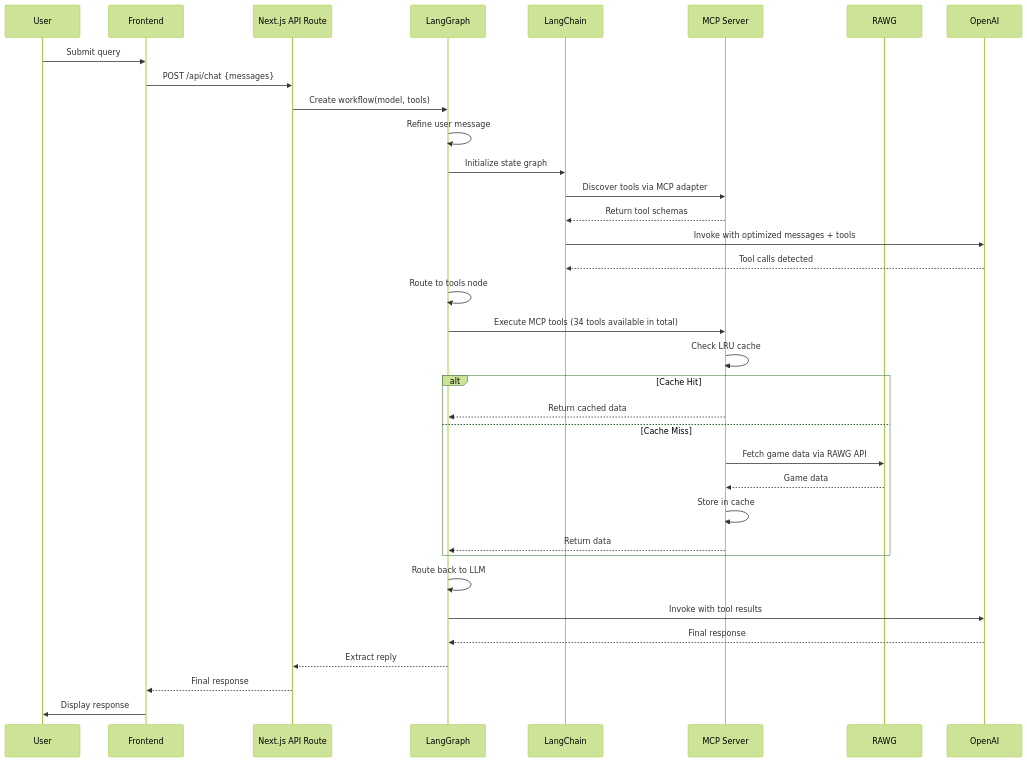
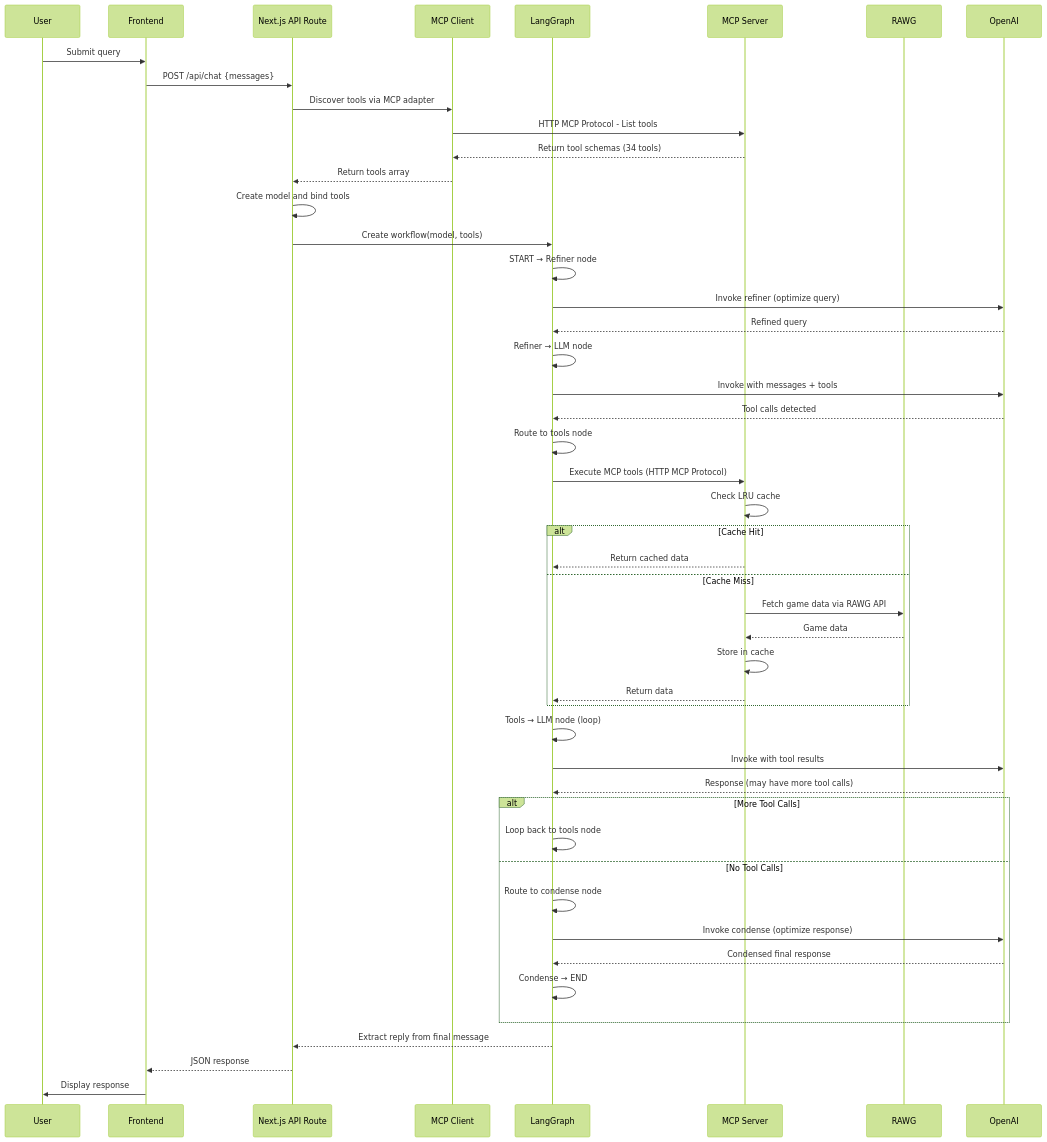
The second of 2 diagrams in README.md (ShawnZong/amazing-game-analytics-ai-chatbot), drawn with Mermaid (forest theme) before and after one commit. The commit also changed other lines of this file, not shown here.

Commit message:
refactor: update architecture diagram and enhance workflow descriptions in README

````diff
--- a/README.md
+++ b/README.md
@@ -125,38 +136,51 @@
 ```mermaid
 sequenceDiagram
     participant User
     participant Frontend
     participant API as Next.js API Route
+    participant MCPClient as MCP Client
     participant LangGraph
-    participant LangChain
     participant MCP as MCP Server
     participant RAWG
     participant LLM as OpenAI
 
     User->>Frontend: Submit query
     Frontend->>API: POST /api/chat {messages}
+    API->>MCPClient: Discover tools via MCP adapter
+    MCPClient->>MCP: HTTP MCP Protocol - List tools
+    MCP-->>MCPClient: Return tool schemas (34 tools)
+    MCPClient-->>API: Return tools array
+    API->>API: Create model and bind tools
     API->>LangGraph: Create workflow(model, tools)
-    LangGraph->>LangGraph: Refine user message
-    LangGraph->>LangChain: Initialize state graph
-    LangChain->>MCP: Discover tools via MCP adapter
-    MCP-->>LangChain: Return tool schemas
-    LangChain->>LLM: Invoke with optimized messages + tools
-    LLM-->>LangChain: Tool calls detected
+    LangGraph->>LangGraph: START → Refiner node
+    LangGraph->>LLM: Invoke refiner (optimize query)
+    LLM-->>LangGraph: Refined query
+    LangGraph->>LangGraph: Refiner → LLM node
+    LangGraph->>LLM: Invoke with messages + tools
+    LLM-->>LangGraph: Tool calls detected
     LangGraph->>LangGraph: Route to tools node
-    LangGraph->>MCP: Execute MCP tools (34 tools available in total)
+    LangGraph->>MCP: Execute MCP tools (HTTP MCP Protocol)
     MCP->>MCP: Check LRU cache
     alt Cache Hit
         MCP-->>LangGraph: Return cached data
     else Cache Miss
         MCP->>RAWG: Fetch game data via RAWG API
         RAWG-->>MCP: Game data
         MCP->>MCP: Store in cache
         MCP-->>LangGraph: Return data
     end
-    LangGraph->>LangGraph: Route back to LLM
+    LangGraph->>LangGraph: Tools → LLM node (loop)
     LangGraph->>LLM: Invoke with tool results
-    LLM-->>LangGraph: Final response
-    LangGraph-->>API: Extract reply
-    API-->>Frontend: Final response
+    LLM-->>LangGraph: Response (may have more tool calls)
+    alt More Tool Calls
+        LangGraph->>LangGraph: Loop back to tools node
+    else No Tool Calls
+        LangGraph->>LangGraph: Route to condense node
+        LangGraph->>LLM: Invoke condense (optimize response)
+        LLM-->>LangGraph: Condensed final response
+        LangGraph->>LangGraph: Condense → END
+    end
+    LangGraph-->>API: Extract reply from final message
+    API-->>Frontend: JSON response
     Frontend->>User: Display response
 ```
````
